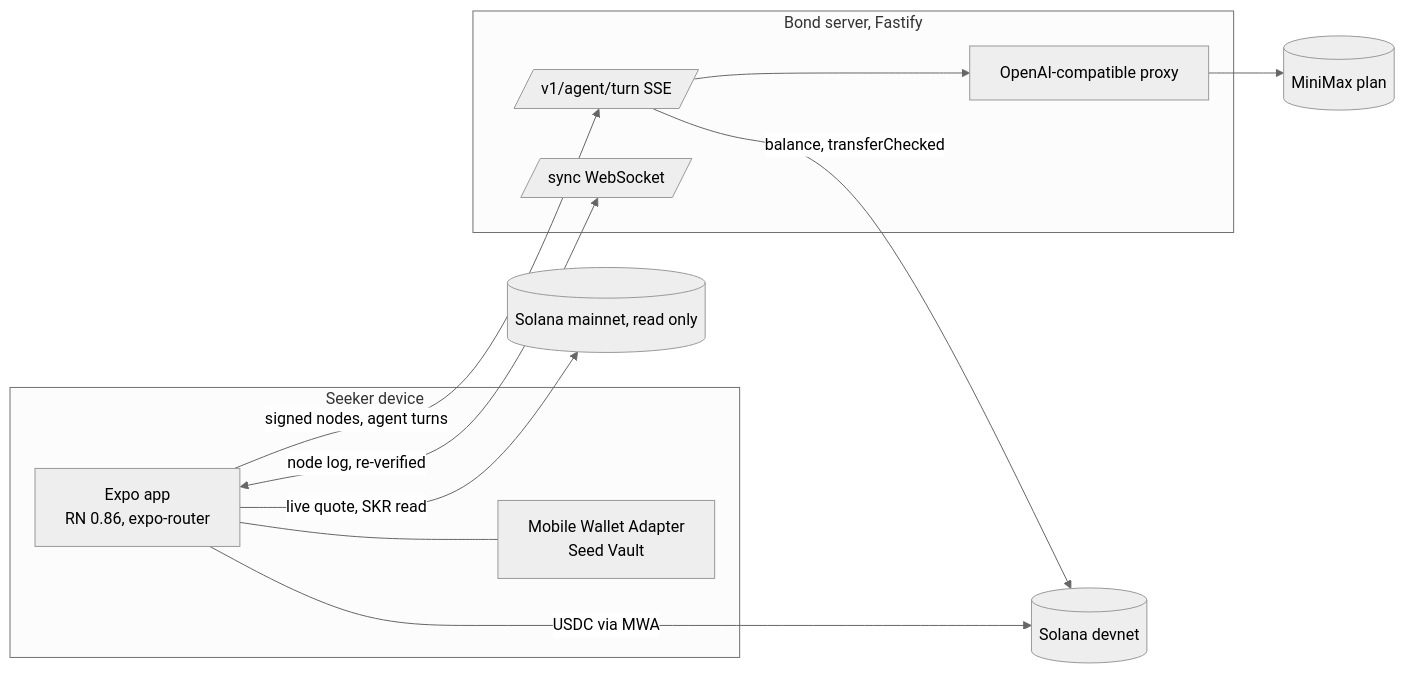
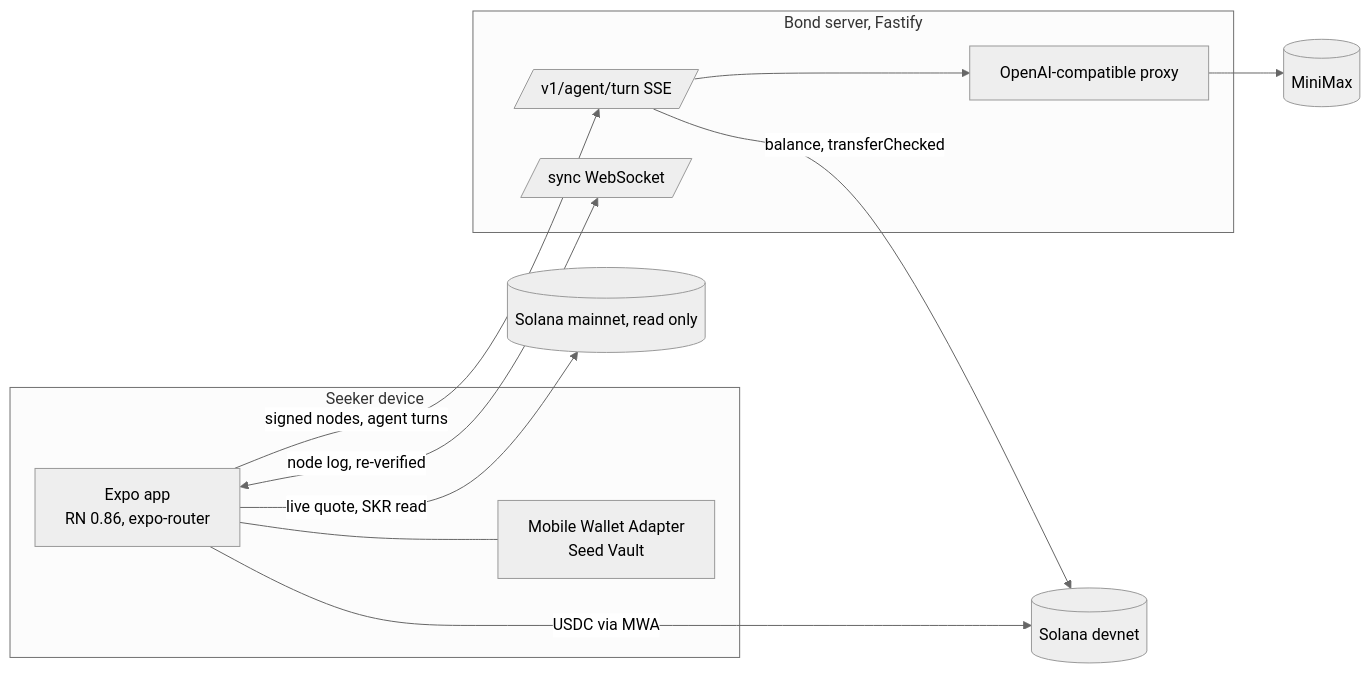
One commit to zkasuran/bond changed the second of 2 diagrams in README.md. Above: the diagram before and after it, drawn with Mermaid (neutral theme). The commit also changed other lines of this file and 30 other files, not shown here.

````diff
--- a/README.md
+++ b/README.md
@@ -117,19 +120,19 @@
 ```mermaid
 flowchart LR
   subgraph Device[Seeker device]
     App[Expo app<br/>RN 0.86, expo-router]
     MWA[Mobile Wallet Adapter<br/>Seed Vault]
     App --- MWA
   end
   subgraph Server[Bond server, Fastify]
     V1[/v1/agent/turn SSE/]
     Sync[/sync WebSocket/]
     GW[OpenAI-compatible proxy]
   end
   App -->|signed nodes, agent turns| V1
   App <-->|node log, re-verified| Sync
-  V1 --> GW --> MiniMax[(MiniMax plan)]
+  V1 --> GW --> MiniMax[(MiniMax)]
   V1 -->|balance, transferChecked| Devnet[(Solana devnet)]
   App -->|USDC via MWA| Devnet
   App -->|live quote, SKR read| Mainnet[(Solana mainnet, read only)]
 ```
````
